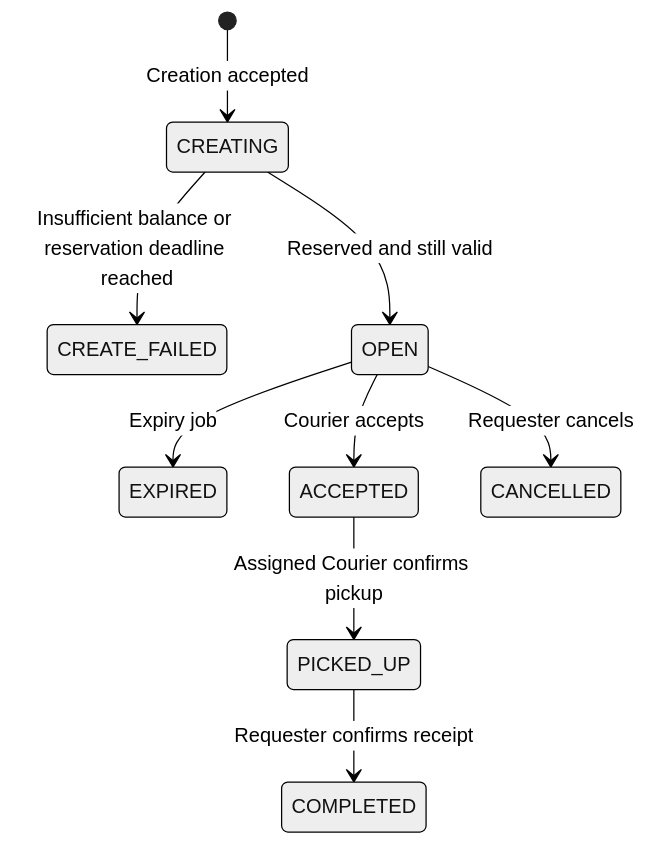
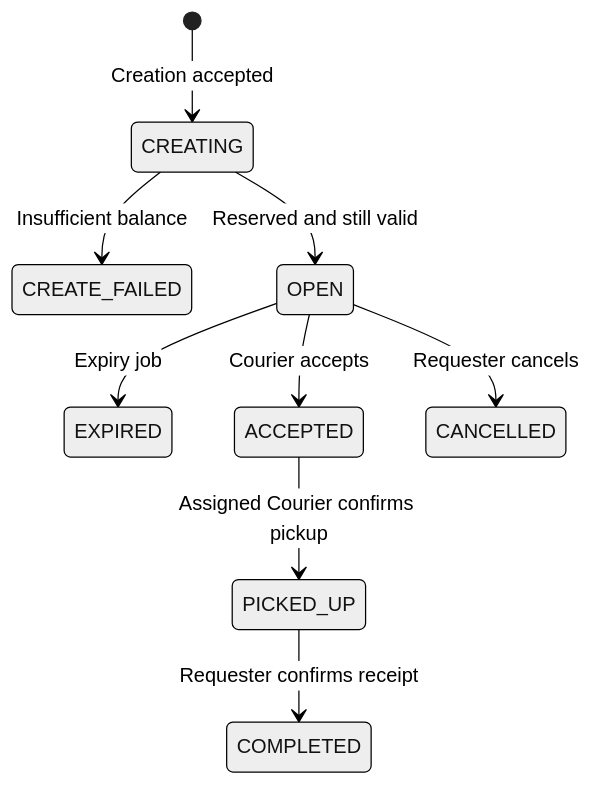
Before and after one commit to AY2627S1-CS3219-P24/FoC: the second of 16 diagrams in order-service/README.md, drawn with Mermaid (neutral theme). The commit also changed other lines of this file and 26 other files, not shown here.

````diff
--- a/order-service/README.md
+++ b/order-service/README.md
@@ -56,12 +56,12 @@
 ```mermaid
 stateDiagram-v2
     direction TB
     [*] --> CREATING: Creation accepted
-    CREATING --> CREATE_FAILED: Insufficient balance or reservation deadline reached
+    CREATING --> CREATE_FAILED: Insufficient balance
     CREATING --> OPEN: Reserved and still valid
     OPEN --> EXPIRED: Expiry job
     OPEN --> ACCEPTED: Courier accepts
     OPEN --> CANCELLED: Requester cancels
     ACCEPTED --> PICKED_UP: Assigned Courier confirms pickup
     PICKED_UP --> COMPLETED: Requester confirms receipt
 ```
````
